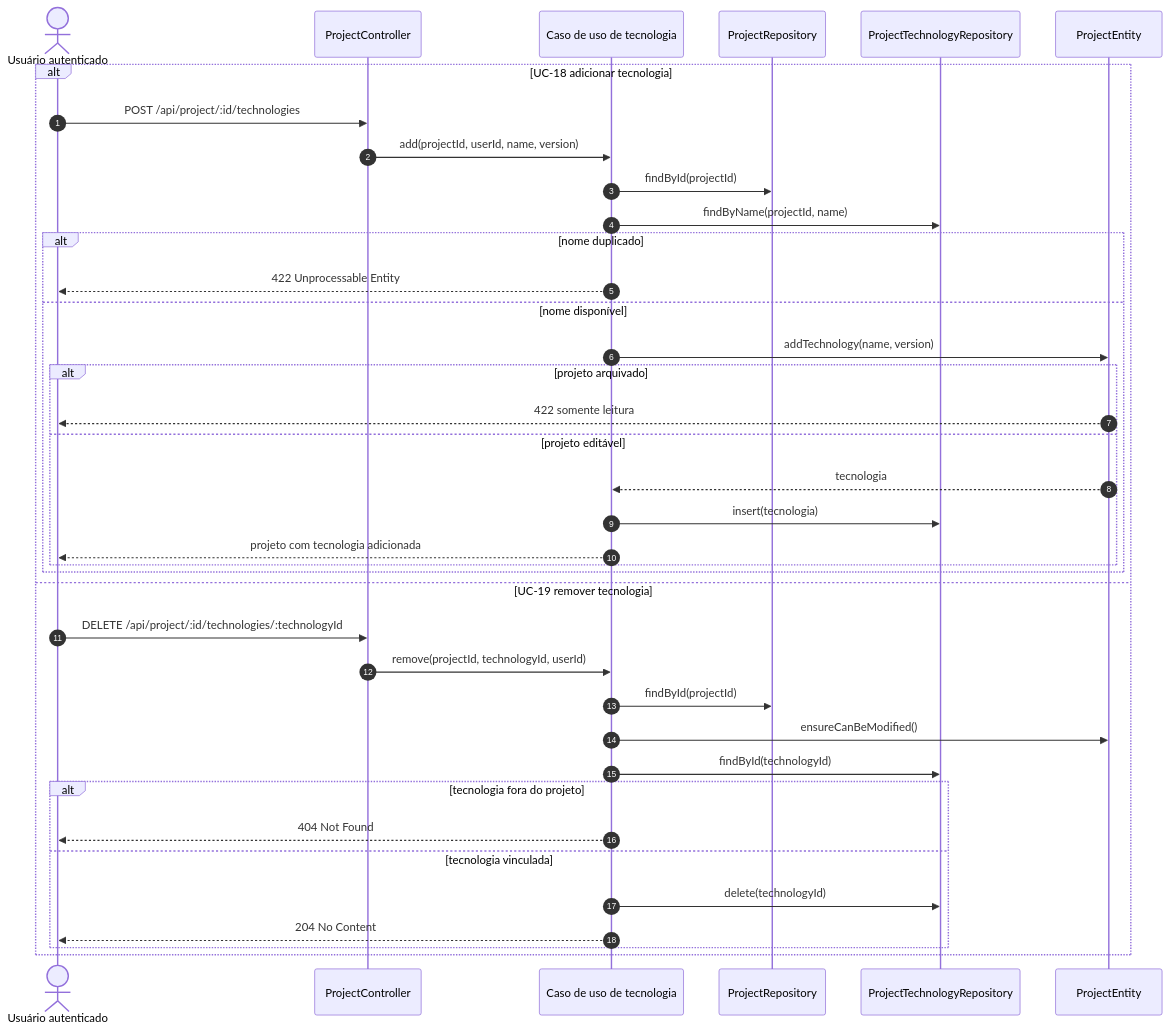
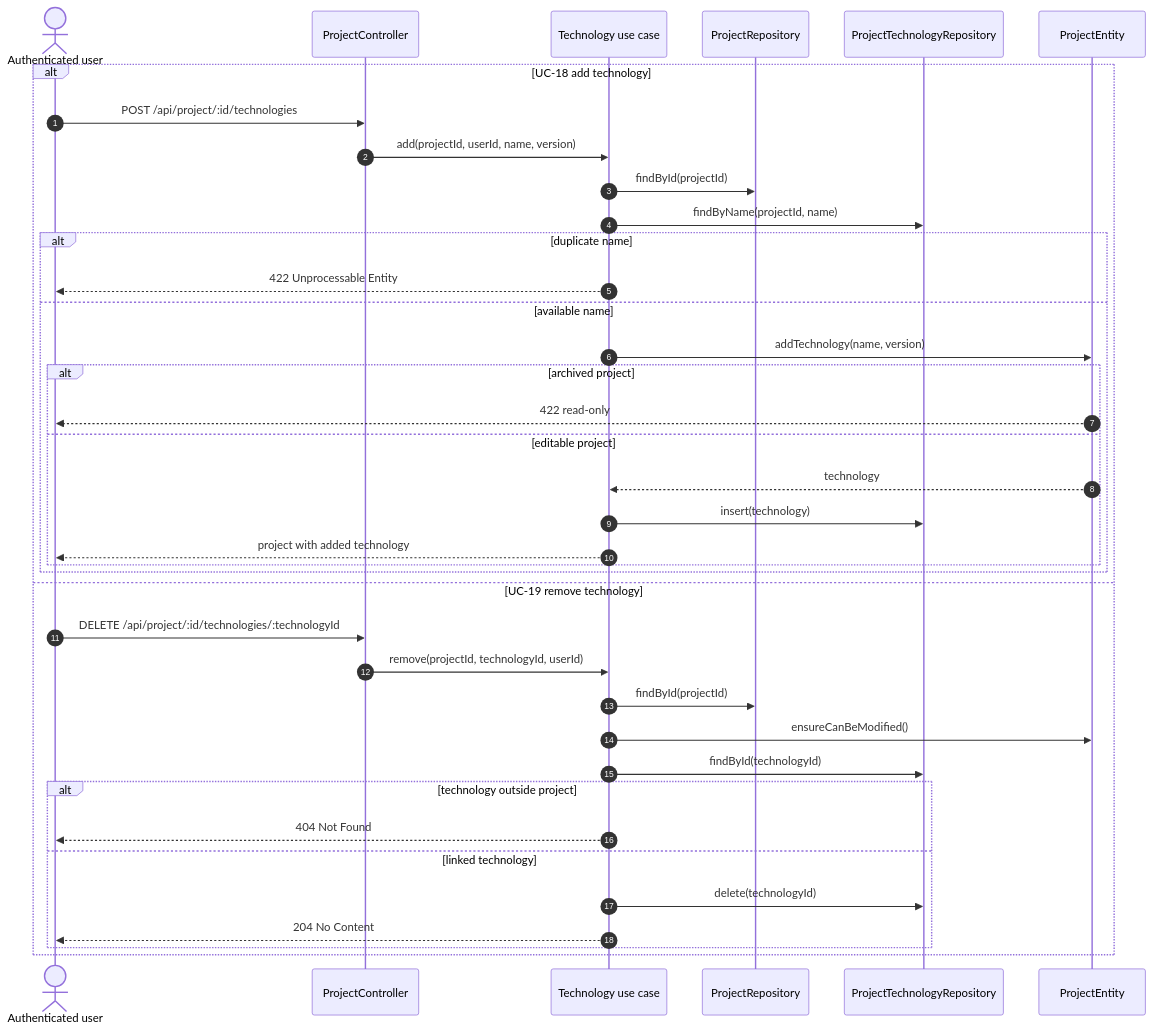
One commit to Lucalopezz/DevLog changed the fourth of 6 diagrams in docs/diagrams/sequences/projects.md. Above: the diagram before and after it, drawn with Mermaid. The commit also changed other lines of this file and 235 other files, not shown here.

````diff
--- a/docs/diagrams/sequences/projects.md
+++ b/docs/diagrams/sequences/projects.md
@@ -129,41 +129,41 @@
 ```mermaid
 sequenceDiagram
     autonumber
-    actor Usuario as Usuário autenticado
+    actor UserActor as Authenticated user
     participant C as ProjectController
-    participant UC as Caso de uso de tecnologia
+    participant UC as Technology use case
     participant PRepo as ProjectRepository
     participant TRepo as ProjectTechnologyRepository
     participant Project as ProjectEntity
 
-    alt UC-18 adicionar tecnologia
-        Usuario->>C: POST /api/project/:id/technologies
+    alt UC-18 add technology
+        UserActor->>C: POST /api/project/:id/technologies
         C->>UC: add(projectId, userId, name, version)
         UC->>PRepo: findById(projectId)
         UC->>TRepo: findByName(projectId, name)
-        alt nome duplicado
-            UC-->>Usuario: 422 Unprocessable Entity
-        else nome disponível
+        alt duplicate name
+            UC-->>UserActor: 422 Unprocessable Entity
+        else available name
             UC->>Project: addTechnology(name, version)
-            alt projeto arquivado
-                Project-->>Usuario: 422 somente leitura
-            else projeto editável
-                Project-->>UC: tecnologia
-                UC->>TRepo: insert(tecnologia)
-                UC-->>Usuario: projeto com tecnologia adicionada
+            alt archived project
+                Project-->>UserActor: 422 read-only
+            else editable project
+                Project-->>UC: technology
+                UC->>TRepo: insert(technology)
+                UC-->>UserActor: project with added technology
             end
         end
-    else UC-19 remover tecnologia
-        Usuario->>C: DELETE /api/project/:id/technologies/:technologyId
+    else UC-19 remove technology
+        UserActor->>C: DELETE /api/project/:id/technologies/:technologyId
         C->>UC: remove(projectId, technologyId, userId)
         UC->>PRepo: findById(projectId)
         UC->>Project: ensureCanBeModified()
         UC->>TRepo: findById(technologyId)
-        alt tecnologia fora do projeto
-            UC-->>Usuario: 404 Not Found
-        else tecnologia vinculada
+        alt technology outside project
+            UC-->>UserActor: 404 Not Found
+        else linked technology
             UC->>TRepo: delete(technologyId)
-            UC-->>Usuario: 204 No Content
+            UC-->>UserActor: 204 No Content
         end
     end
 ```
````
